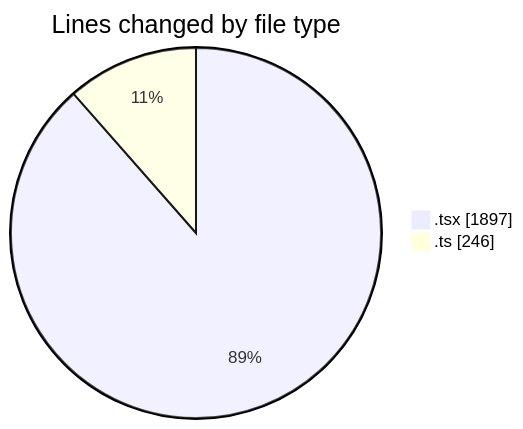
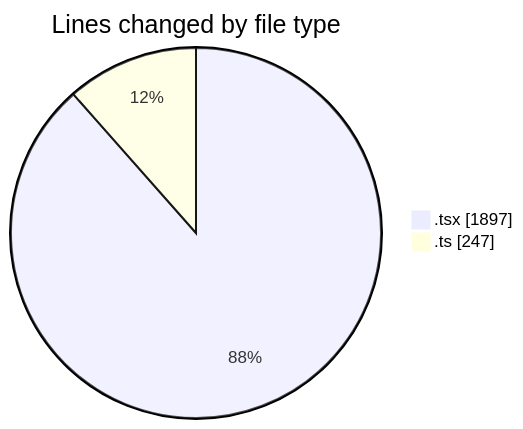
The first of 2 diagrams in 2026-05-14/nxtqube_webapp/README.md (nxtqubesakshisongat/code-tracking), drawn with Mermaid before and after one commit. The commit also changed other lines of this file and 1 other file, not shown here.

````diff
--- a/2026-05-14/nxtqube_webapp/README.md
+++ b/2026-05-14/nxtqube_webapp/README.md
@@ -22,6 +22,6 @@
 ```mermaid
 pie showData
 title Lines changed by file type
 ".tsx" : 1897
-".ts" : 246
+".ts" : 247
 ```
````
